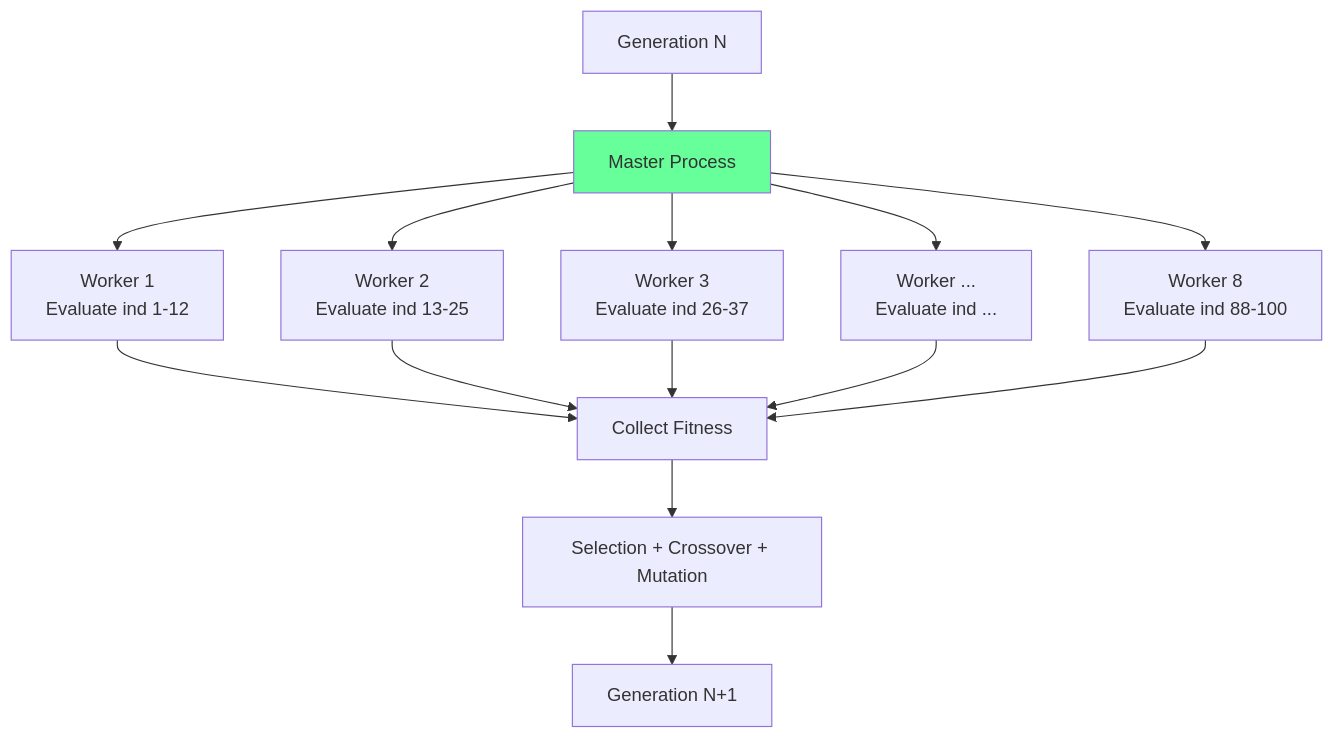
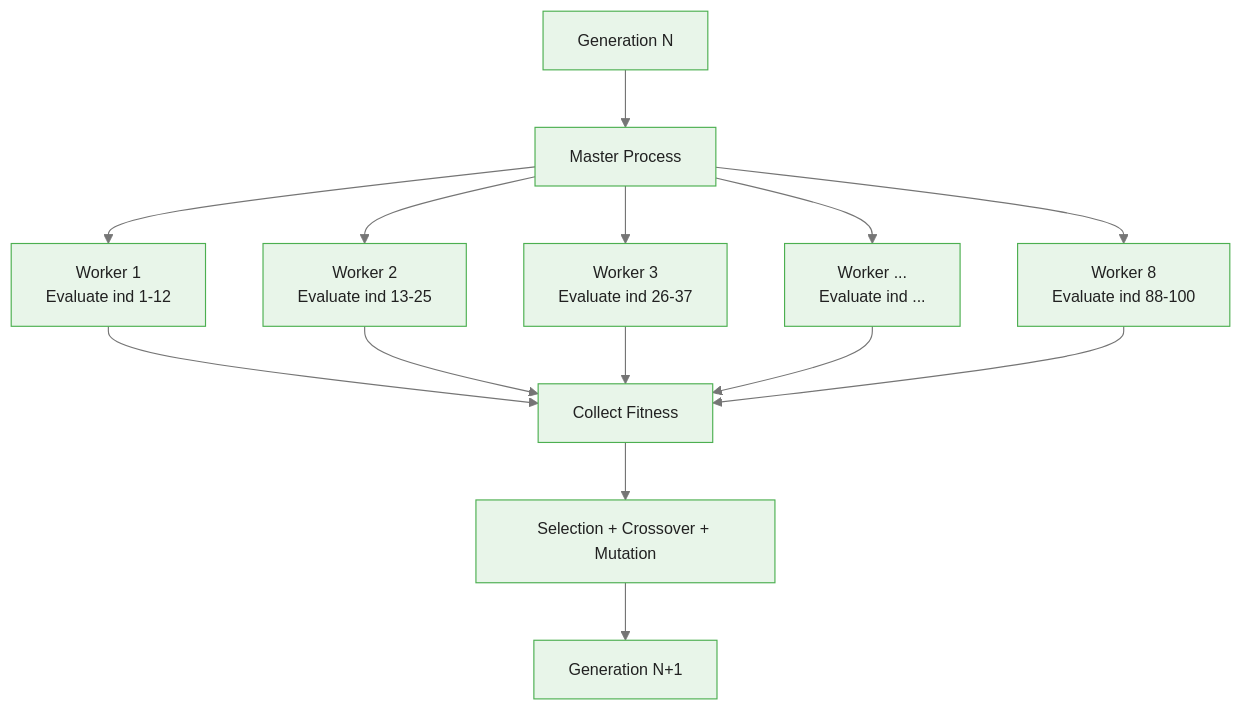
The first of 2 diagrams in courses/genetic-algorithms-feature-selection/modules/module_04_implementation/guides/03_production_considerations_slides.md (m-deane/course-creator), drawn with Mermaid before and after one commit. The commit also changed other lines of this file and 52 other files, not shown here.

````diff
--- a/courses/genetic-algorithms-feature-selection/modules/module_04_implementation/guides/03_production_considerations_slides.md
+++ b/courses/genetic-algorithms-feature-selection/modules/module_04_implementation/guides/03_production_considerations_slides.md
@@ -45,17 +45,17 @@
 ```mermaid
+%%{init: {"theme": "base", "themeVariables": {"primaryColor": "#e8f5e9", "primaryBorderColor": "#4caf50", "primaryTextColor": "#212121", "secondaryColor": "#e3f2fd", "tertiaryColor": "#fff8e1", "lineColor": "#757575", "fontFamily": "Inter, sans-serif", "fontSize": "14px"}}}%%
 flowchart TD
     A["Generation N"] --> B["Master Process"]
     B --> C1["Worker 1<br/>Evaluate ind 1-12"]
     B --> C2["Worker 2<br/>Evaluate ind 13-25"]
     B --> C3["Worker 3<br/>Evaluate ind 26-37"]
     B --> C4["Worker ...<br/>Evaluate ind ..."]
     B --> C5["Worker 8<br/>Evaluate ind 88-100"]
     C1 --> D["Collect Fitness"]
     C2 --> D
     C3 --> D
     C4 --> D
     C5 --> D
     D --> E["Selection + Crossover + Mutation"]
     E --> F["Generation N+1"]
-    style B fill:#6f9
 ```
````
